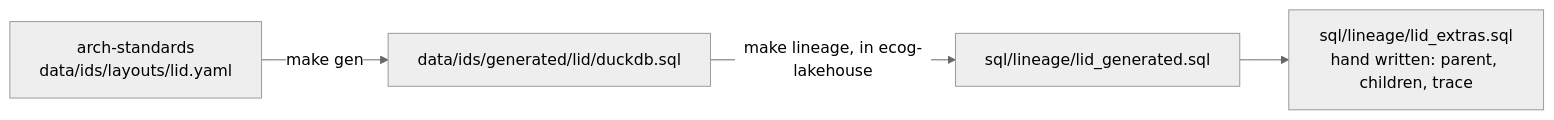
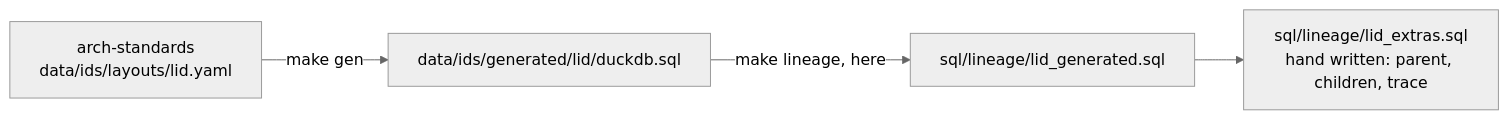
One commit to MrBisonte/ecog-lakehouse changed the second of 2 diagrams in docs/manual.md. Above: the diagram before and after it, drawn with Mermaid (neutral theme). The commit also changed other lines of this file, not shown here.

````diff
--- a/docs/manual.md
+++ b/docs/manual.md
@@ -137,6 +149,6 @@
 ```mermaid
 flowchart LR
   Y[arch-standards<br>data/ids/layouts/lid.yaml] -->|make gen| D[data/ids/generated/lid/duckdb.sql]
-  D -->|make lineage, in ecog-lakehouse| L[sql/lineage/lid_generated.sql]
+  D -->|make lineage, here| L[sql/lineage/lid_generated.sql]
   L --> X[sql/lineage/lid_extras.sql<br>hand written: parent, children, trace]
 ```
````
